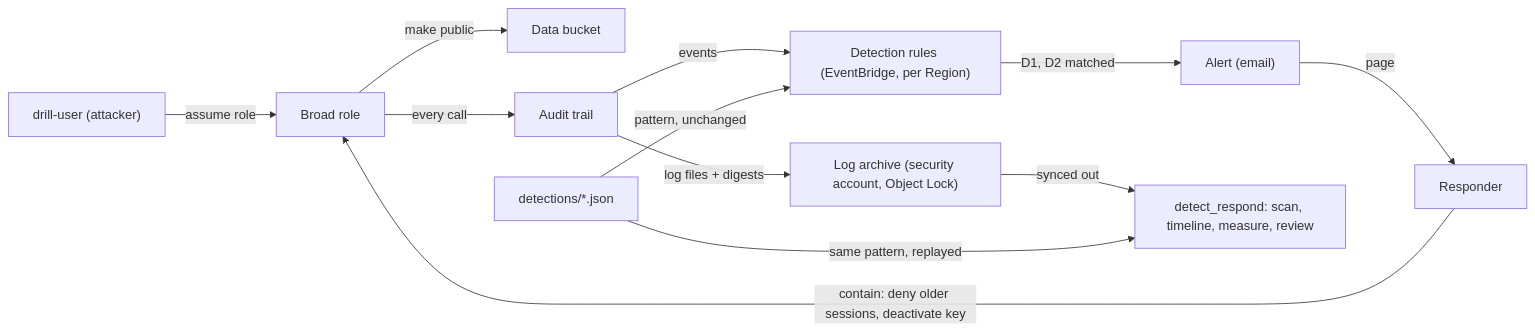
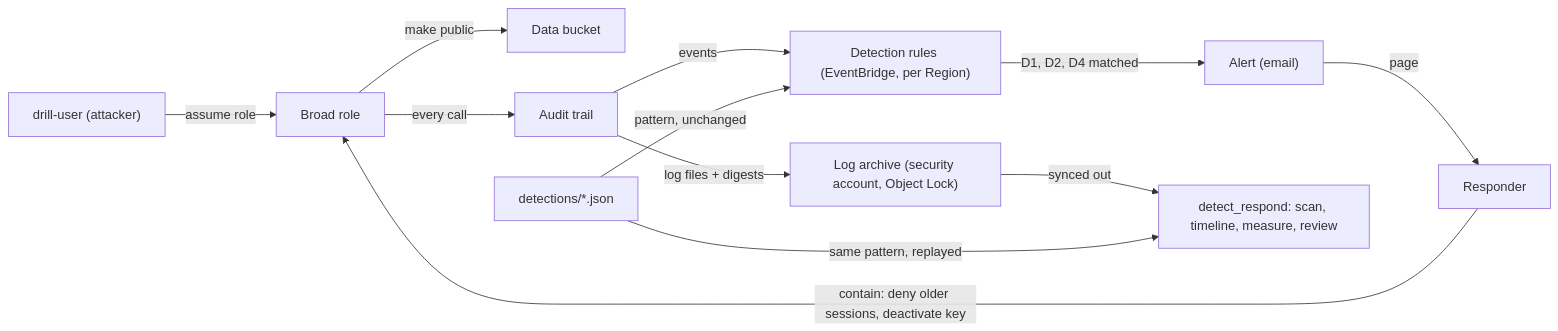
One commit to plainround-projects/cloud-security-detect-and-respond changed the diagram in ARCHITECTURE.md. Above: the diagram before and after it, drawn with Mermaid. The commit also changed 1 other file, not shown here.

Commit message:
docs: align the architecture notes with the code

````diff
--- a/ARCHITECTURE.md
+++ b/ARCHITECTURE.md
@@ -23,14 +23,14 @@
 ```mermaid
 flowchart LR
   drill["drill-user (attacker)"] -- "assume role" --> role["Broad role"]
   role -- "make public" --> data["Data bucket"]
   role -- "every call" --> trail["Audit trail"]
   trail -- "log files + digests" --> archive["Log archive (security account, Object Lock)"]
   trail -- "events" --> rules["Detection rules (EventBridge, per Region)"]
-  rules -- "D1, D2 matched" --> alert["Alert (email)"]
+  rules -- "D1, D2, D4 matched" --> alert["Alert (email)"]
   alert -- "page" --> responder["Responder"]
   responder -- "contain: deny older sessions, deactivate key" --> role
   archive -- "synced out" --> tool["detect_respond: scan, timeline, measure, review"]
   files["detections/*.json"] -- "pattern, unchanged" --> rules
   files -- "same pattern, replayed" --> tool
 ```
````
